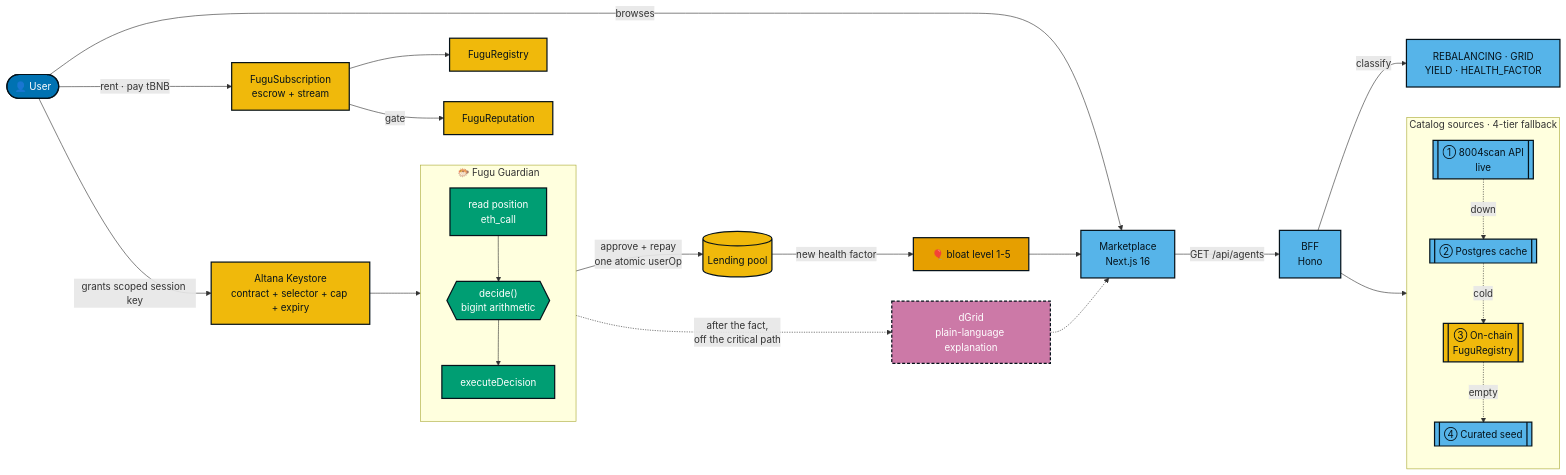
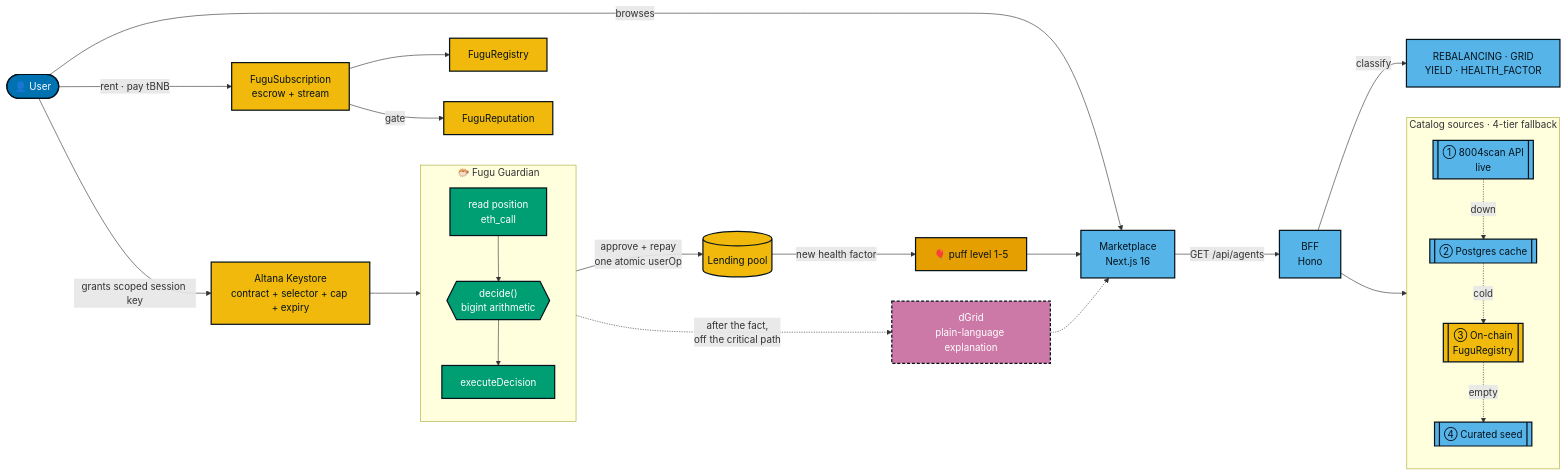
Before and after one commit to Lexirieru/fugugent: the first of 2 diagrams in README.md, drawn with Mermaid. The commit also changed other lines of this file and 2 other files, not shown here.

First line of the commit message:
docs: refresh stale STATUS claims and settle puff-level naming

````diff
--- a/README.md
+++ b/README.md
@@ -230,51 +230,51 @@
 ```mermaid
 flowchart LR
     U([👤 User]) -->|browses| FE[Marketplace<br/>Next.js 16]
     FE -->|GET /api/agents| BE[BFF<br/>Hono]
 
     subgraph SRC[Catalog sources · 4-tier fallback]
         direction TB
         T1[["① 8004scan API<br/>live"]]
         T2[["② Postgres cache"]]
         T3[["③ On-chain<br/>FuguRegistry"]]
         T4[["④ Curated seed"]]
         T1 -.->|down| T2 -.->|cold| T3 -.->|empty| T4
     end
 
     BE --> SRC
     BE -->|classify| CAT[REBALANCING · GRID<br/>YIELD · HEALTH_FACTOR]
 
     U -->|rent · pay tBNB| SUB[FuguSubscription<br/>escrow + stream]
     SUB --> REG[FuguRegistry]
     SUB -->|gate| REP[FuguReputation]
 
     U -->|grants scoped session key| KS[Altana Keystore<br/>contract + selector + cap + expiry]
 
     subgraph AG[🐡 Fugu Guardian]
         direction TB
         READ[read position<br/>eth_call] --> DEC{{"decide()<br/>bigint arithmetic"}}
         DEC --> EXE[executeDecision]
     end
 
     KS --> AG
     AG -->|approve + repay<br/>one atomic userOp| POOL[(Lending pool)]
-    POOL -->|new health factor| BLOAT[🎈 bloat level 1-5]
+    POOL -->|new health factor| BLOAT[🎈 puff level 1-5]
     BLOAT --> FE
 
     DEC -.->|after the fact,<br/>off the critical path| LLM[dGrid<br/>plain-language explanation]
     LLM -.-> FE
 
     classDef user fill:#0072B2,stroke:#05121A,stroke-width:2px,color:#fff
     classDef app fill:#56B4E9,stroke:#05121A,stroke-width:2px,color:#05121A
     classDef chain fill:#F0B90B,stroke:#05121A,stroke-width:2px,color:#05121A
     classDef agent fill:#009E73,stroke:#05121A,stroke-width:2px,color:#fff
     classDef llm fill:#CC79A7,stroke:#05121A,stroke-width:2px,color:#fff,stroke-dasharray: 5 3
     classDef risk fill:#E69F00,stroke:#05121A,stroke-width:2px,color:#05121A
 
     class U user
     class FE,BE,CAT,T1,T2,T4 app
     class REG,SUB,REP,KS,POOL,T3 chain
     class READ,DEC,EXE agent
     class LLM llm
     class BLOAT risk
 ```
````
